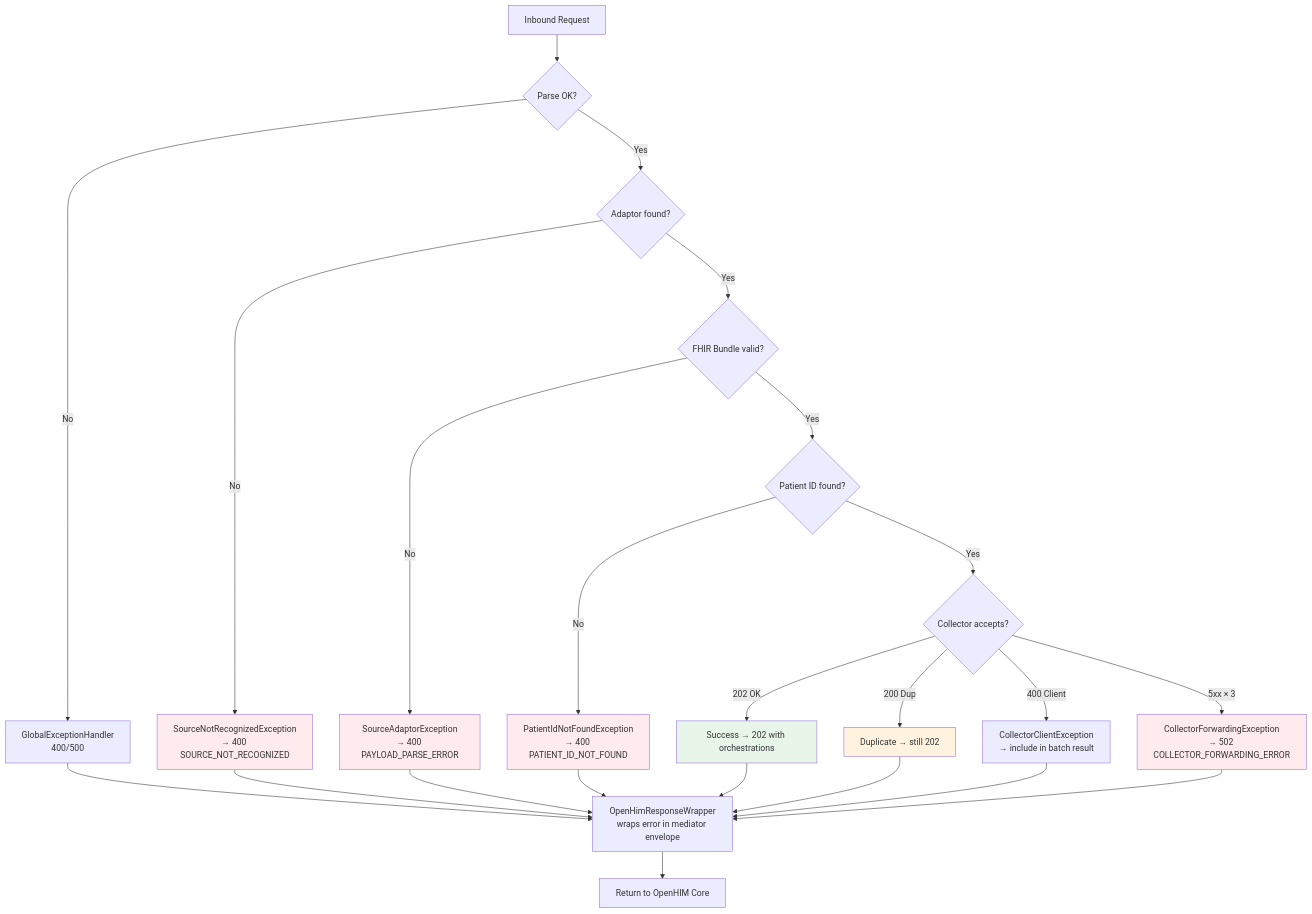
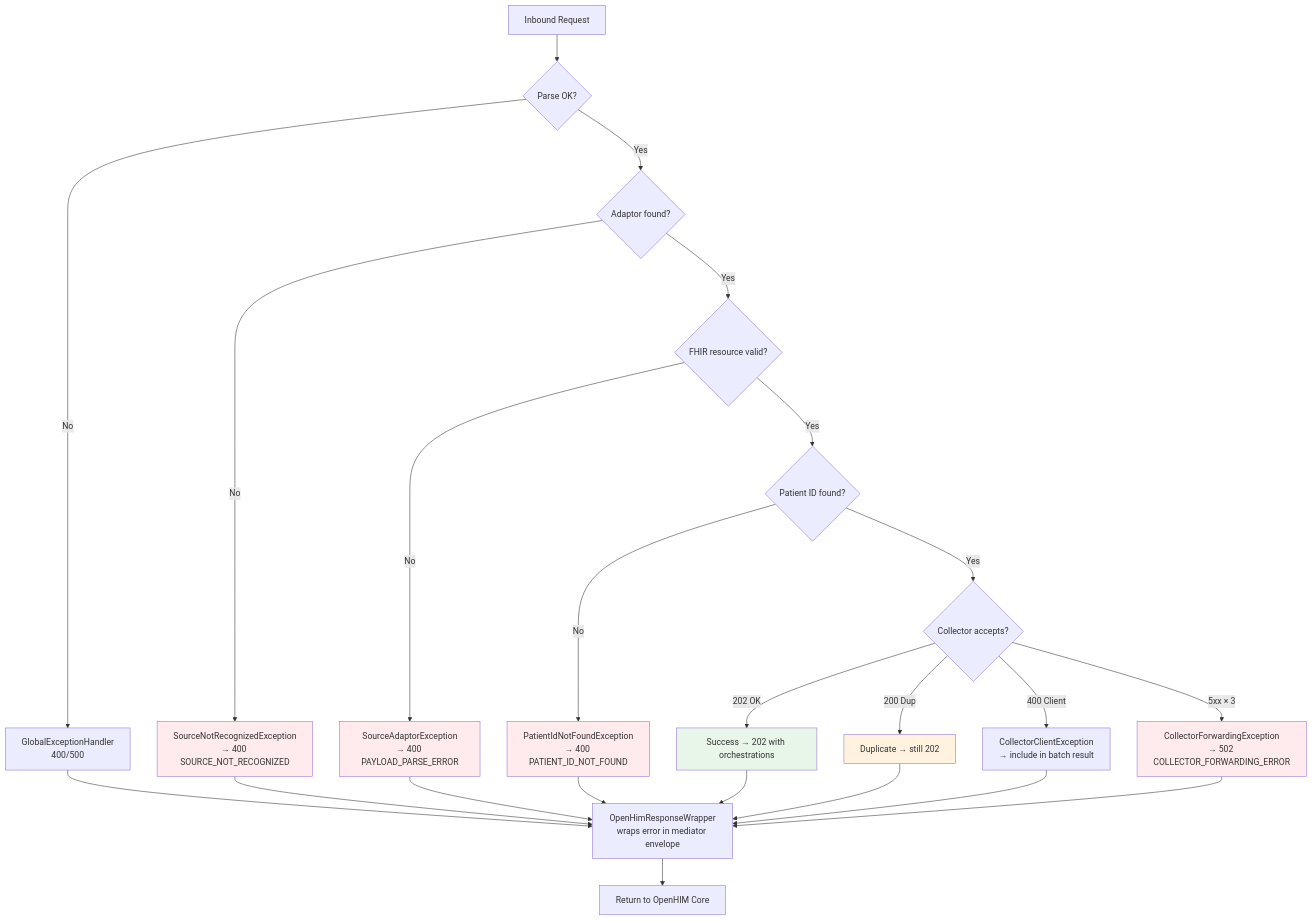
Before and after one commit to Jayaprakash8887/openhim-cce-emitter-adaptor: the sixth of 8 diagrams in docs/flow-diagrams.md, drawn with Mermaid. The commit also changed other lines of this file and 4 other files, not shown here.

````diff
--- a/docs/flow-diagrams.md
+++ b/docs/flow-diagrams.md
@@ -198,39 +198,39 @@
 ```mermaid
 flowchart TD
     A[Inbound Request] --> B{Parse OK?}
 
     B -->|No| C[GlobalExceptionHandler<br/>400/500]
     B -->|Yes| D{Adaptor found?}
 
     D -->|No| E[SourceNotRecognizedException<br/>→ 400 SOURCE_NOT_RECOGNIZED]
-    D -->|Yes| F{FHIR Bundle valid?}
+    D -->|Yes| F{FHIR resource valid?}
 
     F -->|No| G[SourceAdaptorException<br/>→ 400 PAYLOAD_PARSE_ERROR]
     F -->|Yes| H{Patient ID found?}
 
     H -->|No| I[PatientIdNotFoundException<br/>→ 400 PATIENT_ID_NOT_FOUND]
     H -->|Yes| J{Collector accepts?}
 
     J -->|202 OK| K[Success → 202 with orchestrations]
     J -->|200 Dup| L[Duplicate → still 202]
     J -->|400 Client| M[CollectorClientException<br/>→ include in batch result]
     J -->|5xx × 3| N[CollectorForwardingException<br/>→ 502 COLLECTOR_FORWARDING_ERROR]
 
     C --> O[OpenHimResponseWrapper<br/>wraps error in mediator envelope]
     E --> O
     G --> O
     I --> O
     K --> O
     L --> O
     M --> O
     N --> O
 
     O --> P[Return to OpenHIM Core]
 
     style K fill:#e8f5e9
     style L fill:#fff3e0
     style E fill:#ffebee
     style G fill:#ffebee
     style I fill:#ffebee
     style N fill:#ffebee
 ```
````
